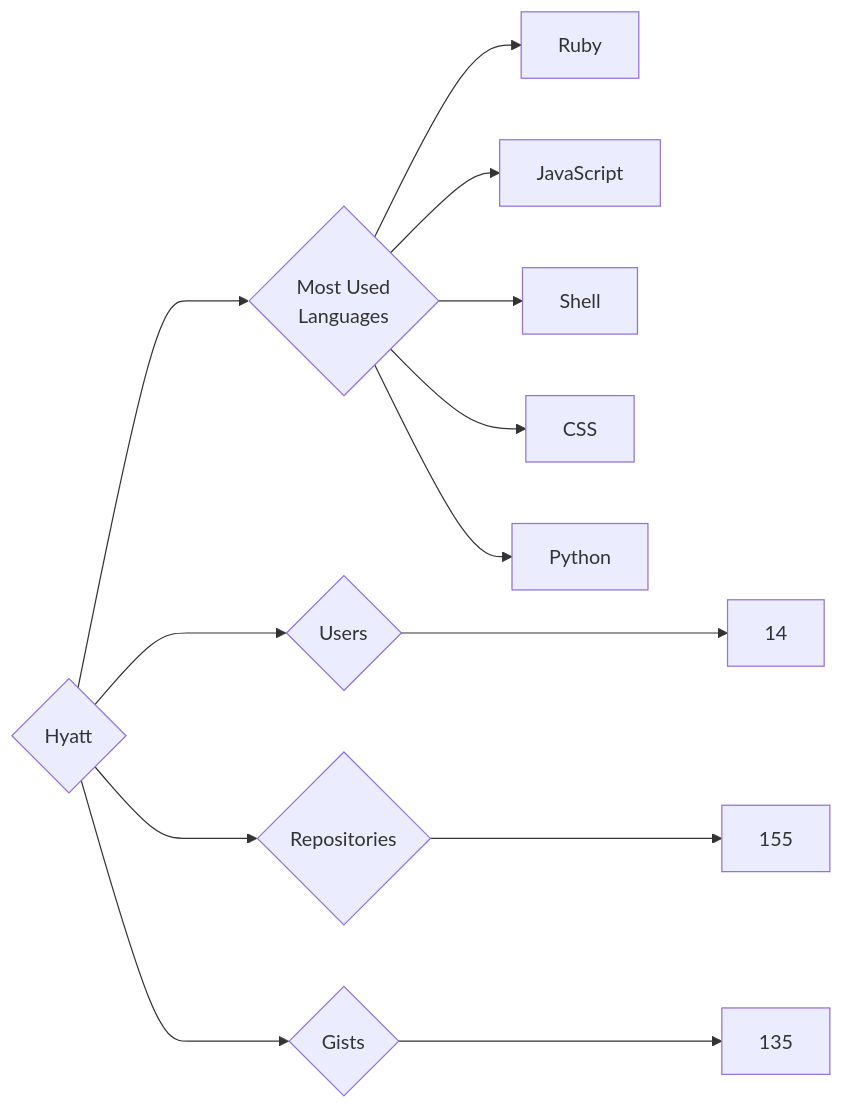
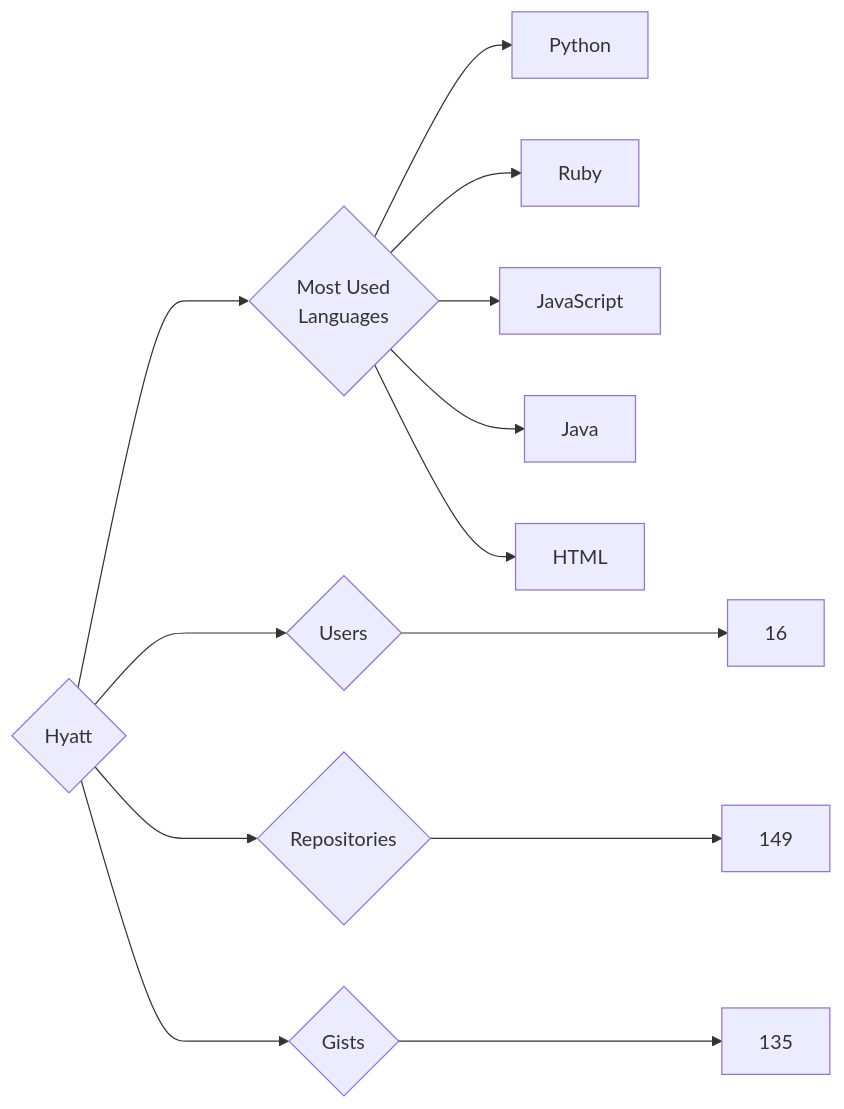
The diagram in targets/Hyatt/README.md (trickest/insiders), drawn with Mermaid before and after one commit. The commit also changed 682 other files, not shown here.

````diff
--- a/targets/Hyatt/README.md
+++ b/targets/Hyatt/README.md
@@ -3,13 +3,13 @@
 ```mermaid
 graph LR
 COMPANY_NAME{Hyatt}
-COMPANY_NAME ---> U{Users} ---> UN[14]
-COMPANY_NAME ---> R{Repositories} ---> RN[155]
+COMPANY_NAME ---> U{Users} ---> UN[16]
+COMPANY_NAME ---> R{Repositories} ---> RN[149]
 COMPANY_NAME ---> G{Gists} ---> GN[135]
 COMPANY_NAME ---> ML{Most Used<br>Languages}
+ML --> Python[Python]
 ML --> Ruby[Ruby]
 ML --> JavaScript[JavaScript]
-ML --> Shell[Shell]
-ML --> CSS[CSS]
-ML --> Python[Python]
+ML --> Java[Java]
+ML --> HTML[HTML]
 ```
````
